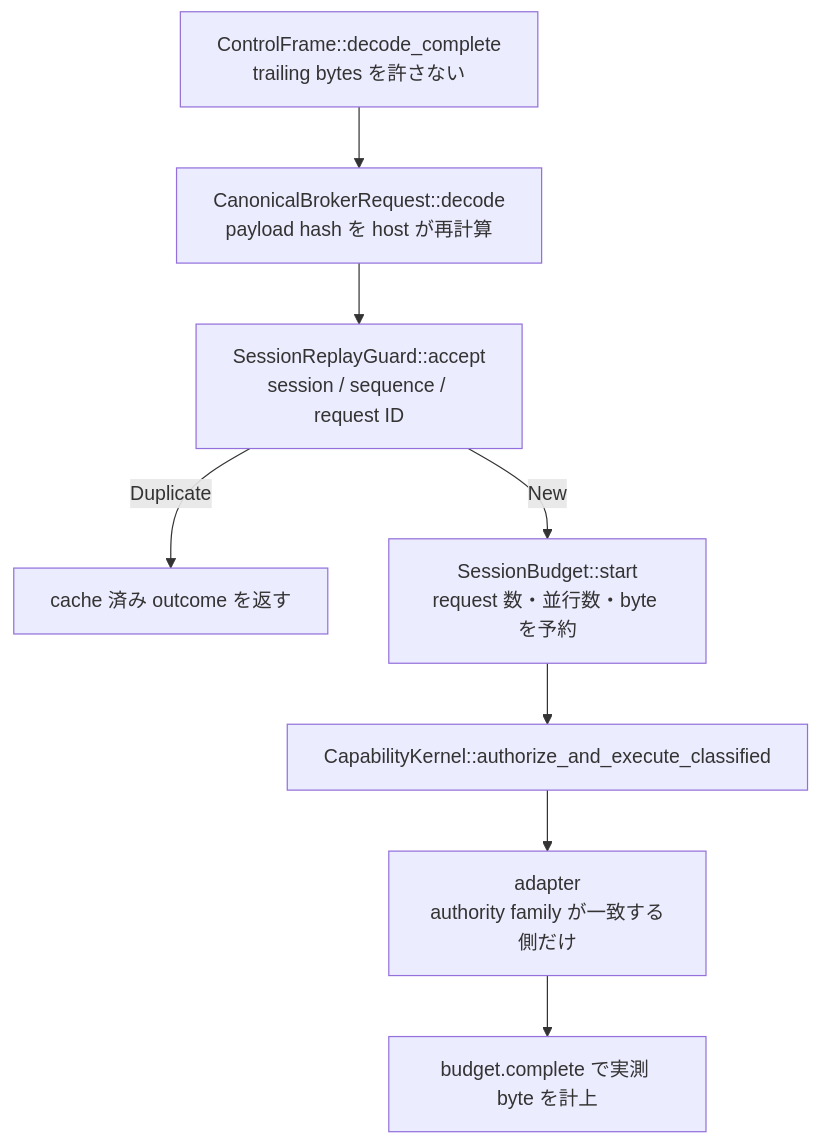
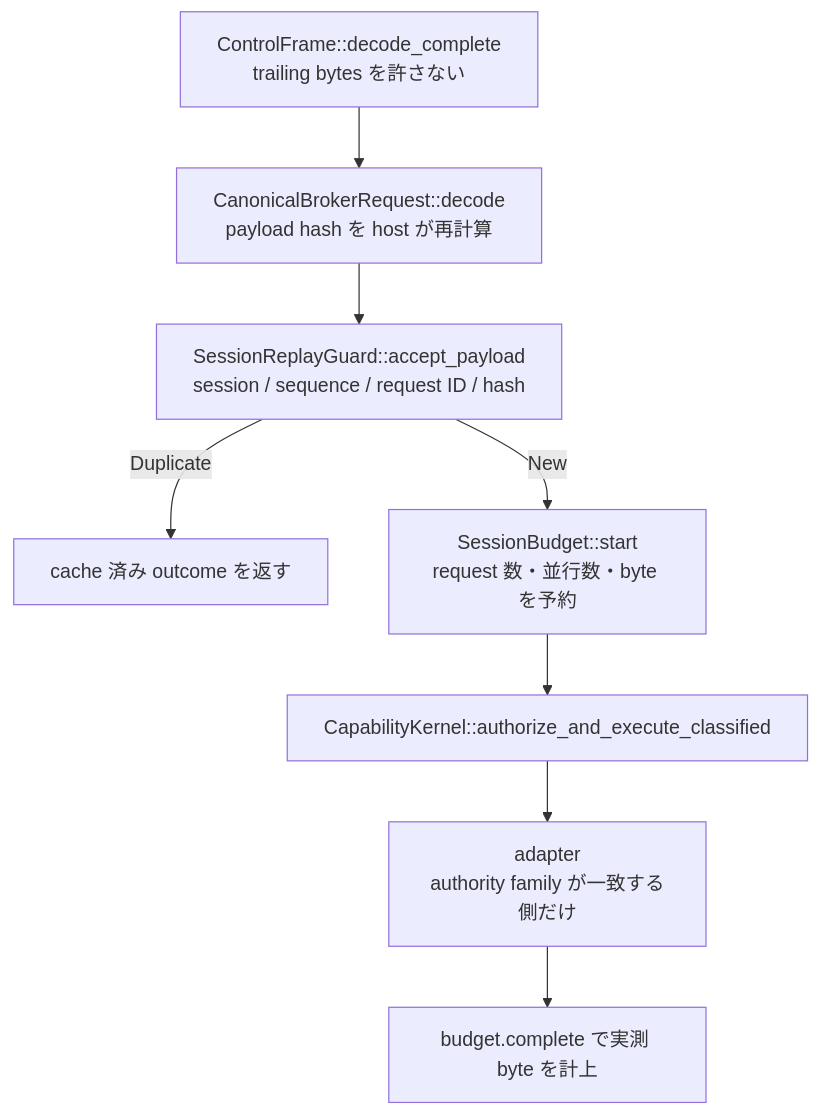
One commit to Aqua-218/SecCamp-AIAgent changed the diagram in docs/egress-broker/dispatch.md. Above: the diagram before and after it, drawn with Mermaid. The commit also changed other lines of this file, not shown here.

First line of the commit message:
docs(egress-broker): show the payload hash in the replay admission step

````diff
--- a/docs/egress-broker/dispatch.md
+++ b/docs/egress-broker/dispatch.md
@@ -15,10 +15,10 @@
 ```mermaid
 flowchart TB
     f["ControlFrame::decode_complete<br/>trailing bytes を許さない"] --> c["CanonicalBrokerRequest::decode<br/>payload hash を host が再計算"]
-    c --> r["SessionReplayGuard::accept<br/>session / sequence / request ID"]
+    c --> r["SessionReplayGuard::accept_payload<br/>session / sequence / request ID / hash"]
     r -->|Duplicate| cache["cache 済み outcome を返す"]
     r -->|New| b["SessionBudget::start<br/>request 数・並行数・byte を予約"]
     b --> k["CapabilityKernel::authorize_and_execute_classified"]
     k --> a["adapter<br/>authority family が一致する側だけ"]
     a --> done["budget.complete で実測 byte を計上"]
 ```
````
